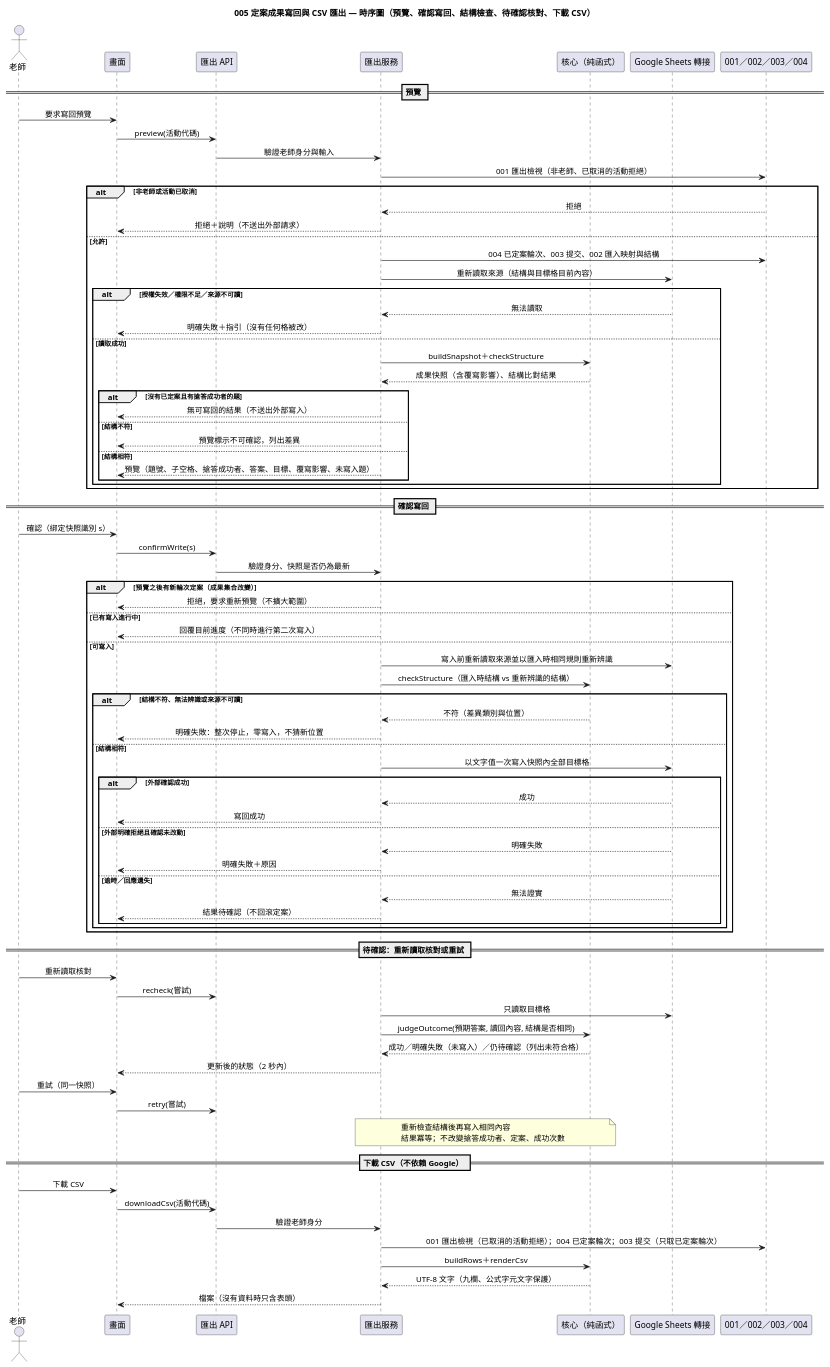
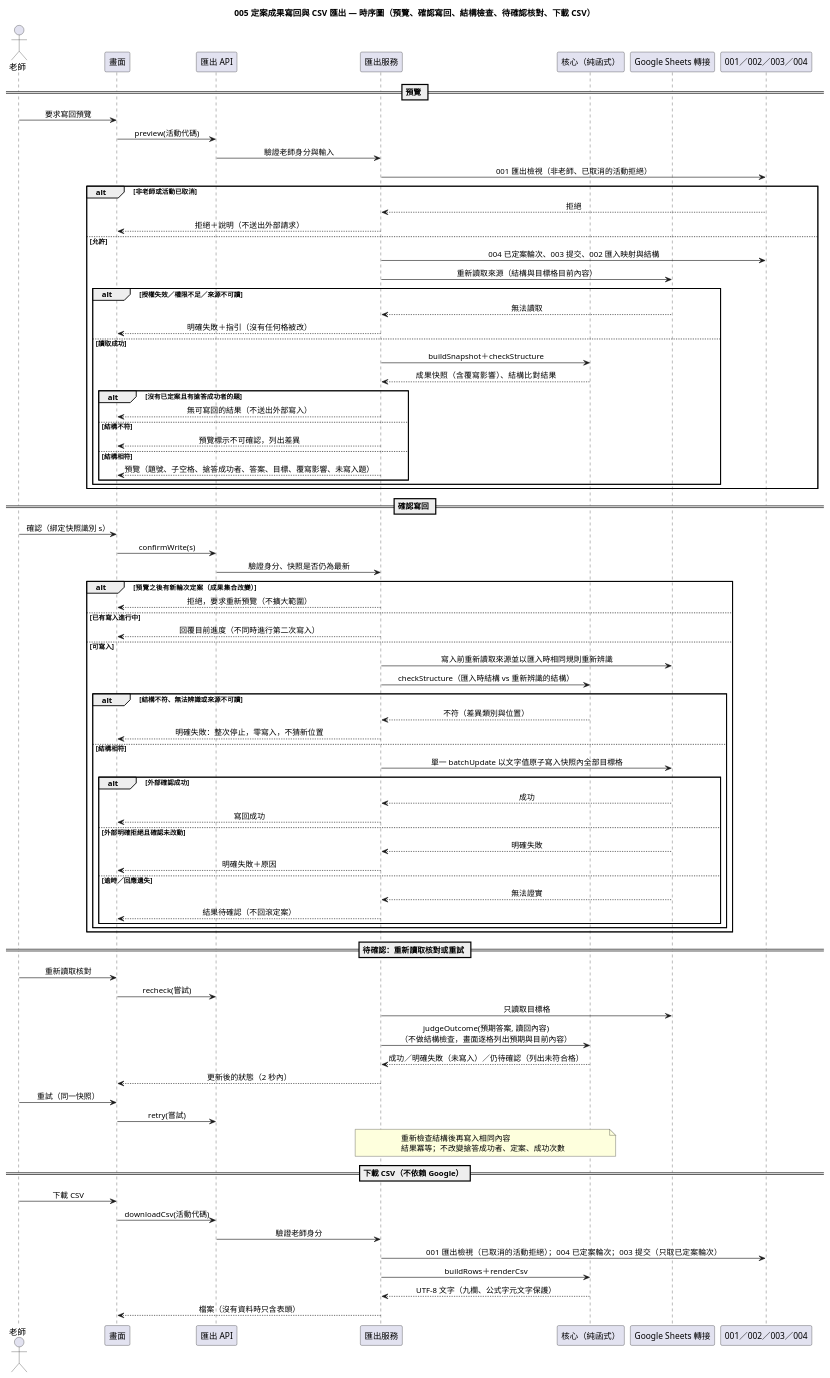
One commit to EricC430/lecture-answer-first_group16_speckit changed the diagram in diagrams/005-result-export-sequence.puml. Above: the diagram before and after it, drawn with PlantUML. The commit also changed 12 other files, not shown here.

First line of the commit message:
docs: 005 plan、研究、資料模型、契約、quickstart 與圖表更新 (#9)

```diff
--- a/diagrams/005-result-export-sequence.puml
+++ b/diagrams/005-result-export-sequence.puml
@@ -1,89 +1,89 @@
 @startuml 005-result-export-sequence
 skinparam defaultFontName "Microsoft JhengHei"
 skinparam sequenceMessageAlign center
 title 005 定案成果寫回與 CSV 匯出 — 時序圖（預覽、確認寫回、結構檢查、待確認核對、下載 CSV）
 
 actor "老師" as T
 participant "畫面" as UI
 participant "匯出 API" as API
 participant "匯出服務" as S
 participant "核心（純函式）" as C
 participant "Google Sheets 轉接" as G
 participant "001／002／003／004" as D
 
 == 預覽 ==
 T -> UI : 要求寫回預覽
 UI -> API : preview(活動代碼)
 API -> S : 驗證老師身分與輸入
 S -> D : 001 匯出檢視（非老師、已取消的活動拒絕）
 alt 非老師或活動已取消
   D --> S : 拒絕
   S --> UI : 拒絕＋說明（不送出外部請求）
 else 允許
   S -> D : 004 已定案輪次、003 提交、002 匯入映射與結構
   S -> G : 重新讀取來源（結構與目標格目前內容）
   alt 授權失效／權限不足／來源不可讀
     G --> S : 無法讀取
     S --> UI : 明確失敗＋指引（沒有任何格被改）
   else 讀取成功
     S -> C : buildSnapshot＋checkStructure
     C --> S : 成果快照（含覆寫影響）、結構比對結果
     alt 沒有已定案且有搶答成功者的題
       S --> UI : 無可寫回的結果（不送出外部寫入）
     else 結構不符
       S --> UI : 預覽標示不可確認，列出差異
     else 結構相符
       S --> UI : 預覽（題號、子空格、搶答成功者、答案、目標、覆寫影響、未寫入題）
     end
   end
 end
 
 == 確認寫回 ==
 T -> UI : 確認（綁定快照識別 s）
 UI -> API : confirmWrite(s)
 API -> S : 驗證身分、快照是否仍為最新
 alt 預覽之後有新輪次定案（成果集合改變）
   S --> UI : 拒絕，要求重新預覽（不擴大範圍）
 else 已有寫入進行中
   S --> UI : 回覆目前進度（不同時進行第二次寫入）
 else 可寫入
   S -> G : 寫入前重新讀取來源並以匯入時相同規則重新辨識
   S -> C : checkStructure（匯入時結構 vs 重新辨識的結構）
   alt 結構不符、無法辨識或來源不可讀
     C --> S : 不符（差異類別與位置）
     S --> UI : 明確失敗：整次停止，零寫入，不猜新位置
   else 結構相符
-    S -> G : 以文字值一次寫入快照內全部目標格
+    S -> G : 單一 batchUpdate 以文字值原子寫入快照內全部目標格
     alt 外部確認成功
       G --> S : 成功
       S --> UI : 寫回成功
     else 外部明確拒絕且確認未改動
       G --> S : 明確失敗
       S --> UI : 明確失敗＋原因
     else 逾時／回應遺失
       G --> S : 無法證實
       S --> UI : 結果待確認（不回滾定案）
     end
   end
 end
 
 == 待確認：重新讀取核對或重試 ==
 T -> UI : 重新讀取核對
 UI -> API : recheck(嘗試)
 S -> G : 只讀取目標格
-S -> C : judgeOutcome(預期答案, 讀回內容, 結構是否相同)
+S -> C : judgeOutcome(預期答案, 讀回內容)\n（不做結構檢查，畫面逐格列出預期與目前內容）
 C --> S : 成功／明確失敗（未寫入）／仍待確認（列出未符合格）
 S --> UI : 更新後的狀態（2 秒內）
 T -> UI : 重試（同一快照）
 UI -> API : retry(嘗試)
 note over S, C : 重新檢查結構後再寫入相同內容\n結果冪等；不改變搶答成功者、定案、成功次數
 
 == 下載 CSV（不依賴 Google） ==
 T -> UI : 下載 CSV
 UI -> API : downloadCsv(活動代碼)
 API -> S : 驗證老師身分
 S -> D : 001 匯出檢視（已取消的活動拒絕）；004 已定案輪次；003 提交（只取已定案輪次）
 S -> C : buildRows＋renderCsv
 C --> S : UTF-8 文字（九欄、公式字元文字保護）
 S --> UI : 檔案（沒有資料時只含表頭）
 @enduml
```
